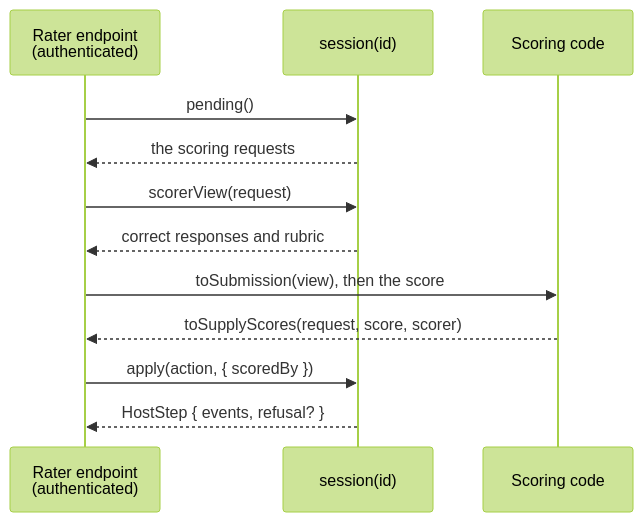
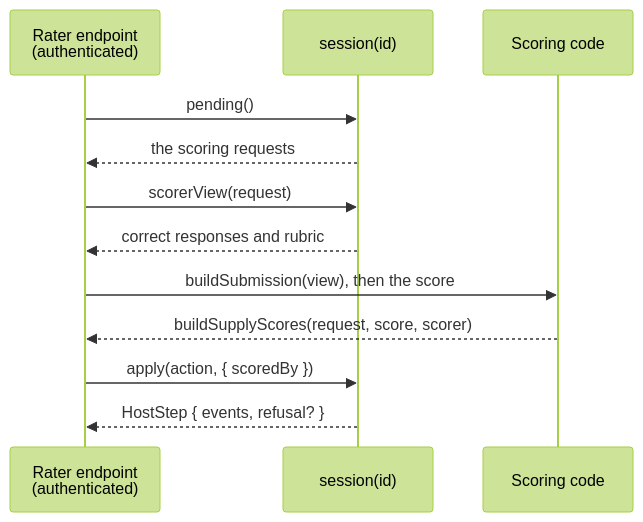
Before and after one commit to assesskit/assesskit: the second of 5 diagrams in docs/player/server.md, drawn with Mermaid (forest theme). The commit also changed other lines of this file and 80 other files, not shown here.

````diff
--- a/docs/player/server.md
+++ b/docs/player/server.md
@@ -147,14 +147,14 @@
 ```mermaid
 sequenceDiagram
   participant R as Rater endpoint<br/>(authenticated)
   participant S as session(id)
   participant C as Scoring code
   R->>S: pending()
   S-->>R: the scoring requests
   R->>S: scorerView(request)
   S-->>R: correct responses and rubric
-  R->>C: toSubmission(view), then the score
-  C-->>R: toSupplyScores(request, score, scorer)
+  R->>C: buildSubmission(view), then the score
+  C-->>R: buildSupplyScores(request, score, scorer)
   R->>S: apply(action, { scoredBy })
   S-->>R: HostStep { events, refusal? }
 ```
````
